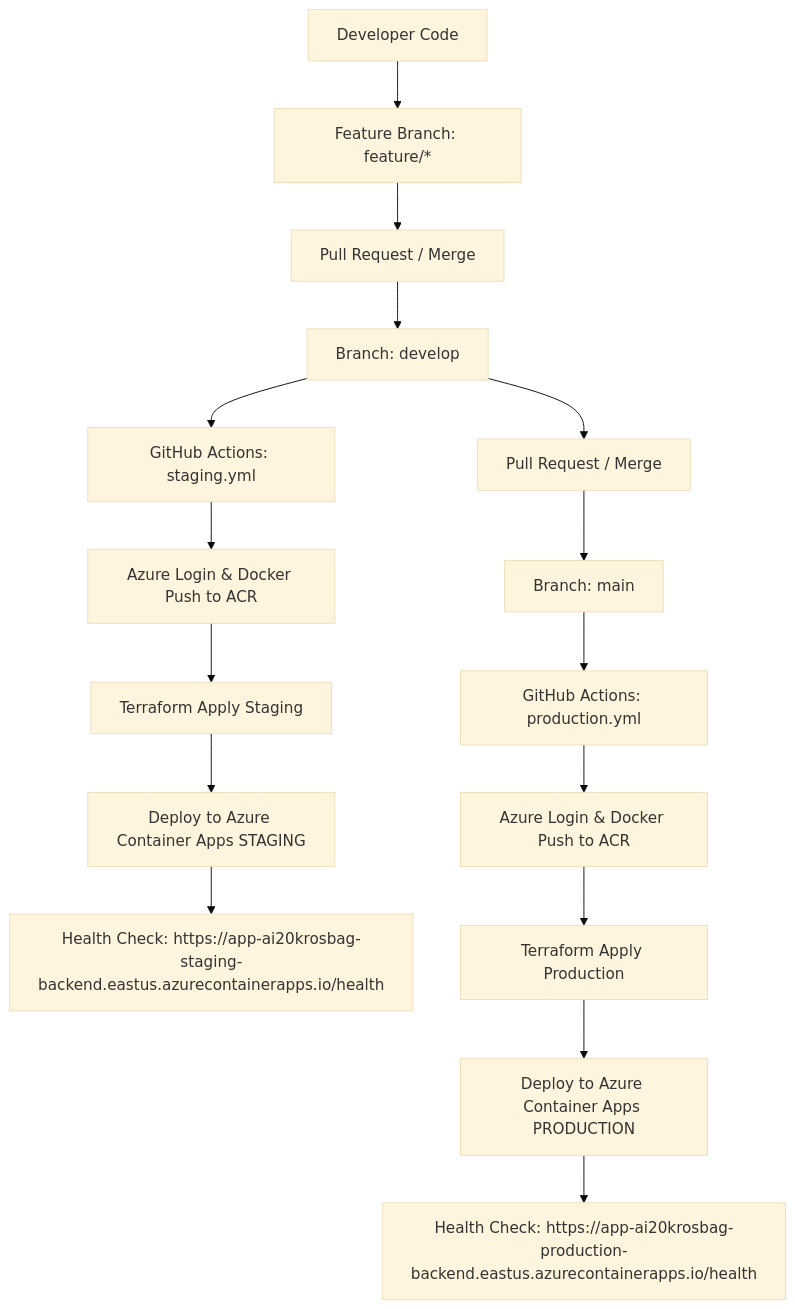
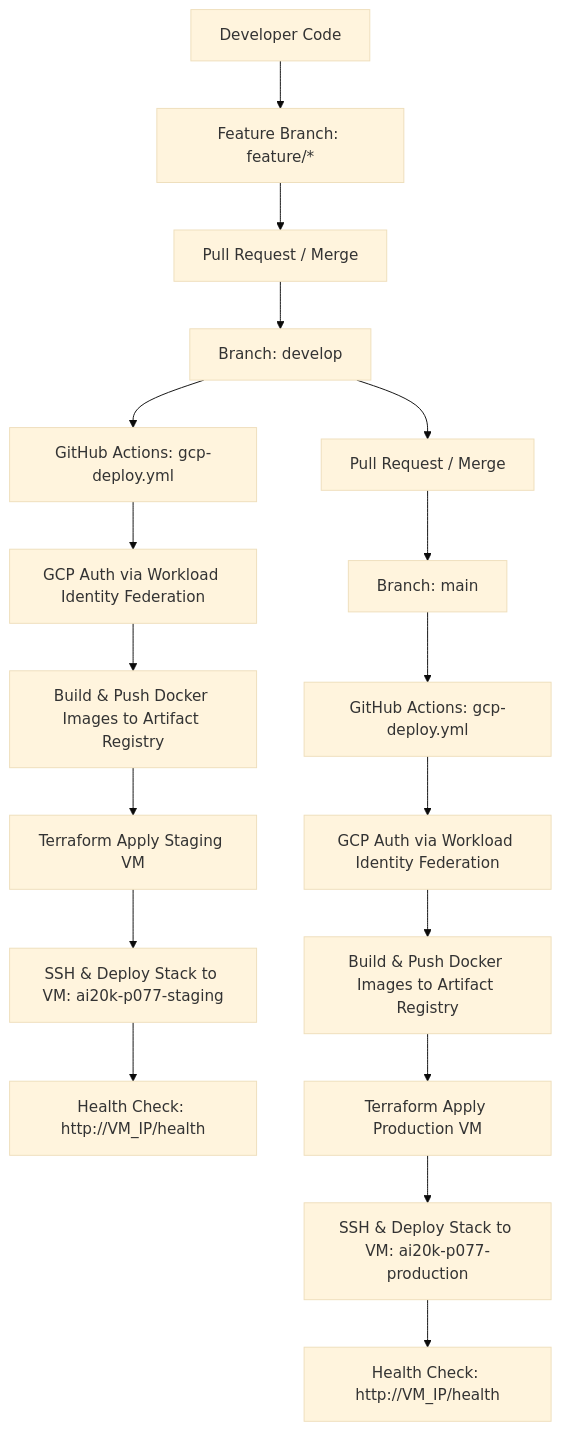
The diagram in README.md (TuanQuangV1/p077-backend), drawn with Mermaid (base theme) before and after one commit. The commit also changed other lines of this file and 38 other files, not shown here.

````diff
--- a/README.md
+++ b/README.md
@@ -100,19 +100,21 @@
 ```mermaid
 graph TD
     DEV[Developer Code] --> FEATURE[Feature Branch: feature/*]
     FEATURE --> PR_DEV[Pull Request / Merge]
     PR_DEV --> BRANCH_DEV[Branch: develop]
-    BRANCH_DEV --> CI_STG[GitHub Actions: staging.yml]
-    CI_STG --> AZ_STG[Azure Login & Docker Push to ACR]
-    AZ_STG --> TF_STG[Terraform Apply Staging]
-    TF_STG --> DEPLOY_STG[Deploy to Azure Container Apps STAGING]
-    DEPLOY_STG --> HEALTH_STG[Health Check: https://app-ai20krosbag-staging-backend.eastus.azurecontainerapps.io/health]
+    BRANCH_DEV --> CI_STG[GitHub Actions: gcp-deploy.yml]
+    CI_STG --> GCP_AUTH_STG[GCP Auth via Workload Identity Federation]
+    GCP_AUTH_STG --> AR_STG[Build & Push Docker Images to Artifact Registry]
+    AR_STG --> TF_STG[Terraform Apply Staging VM]
+    TF_STG --> DEPLOY_STG[SSH & Deploy Stack to VM: ai20k-p077-staging]
+    DEPLOY_STG --> HEALTH_STG[Health Check: http://VM_IP/health]
 
     BRANCH_DEV --> PR_MAIN[Pull Request / Merge]
     PR_MAIN --> BRANCH_MAIN[Branch: main]
-    BRANCH_MAIN --> CI_PROD[GitHub Actions: production.yml]
-    CI_PROD --> AZ_PROD[Azure Login & Docker Push to ACR]
-    AZ_PROD --> TF_PROD[Terraform Apply Production]
-    TF_PROD --> DEPLOY_PROD[Deploy to Azure Container Apps PRODUCTION]
-    DEPLOY_PROD --> HEALTH_PROD[Health Check: https://app-ai20krosbag-production-backend.eastus.azurecontainerapps.io/health]
+    BRANCH_MAIN --> CI_PROD[GitHub Actions: gcp-deploy.yml]
+    CI_PROD --> GCP_AUTH_PROD[GCP Auth via Workload Identity Federation]
+    GCP_AUTH_PROD --> AR_PROD[Build & Push Docker Images to Artifact Registry]
+    AR_PROD --> TF_PROD[Terraform Apply Production VM]
+    TF_PROD --> DEPLOY_PROD[SSH & Deploy Stack to VM: ai20k-p077-production]
+    DEPLOY_PROD --> HEALTH_PROD[Health Check: http://VM_IP/health]
 ```
````
